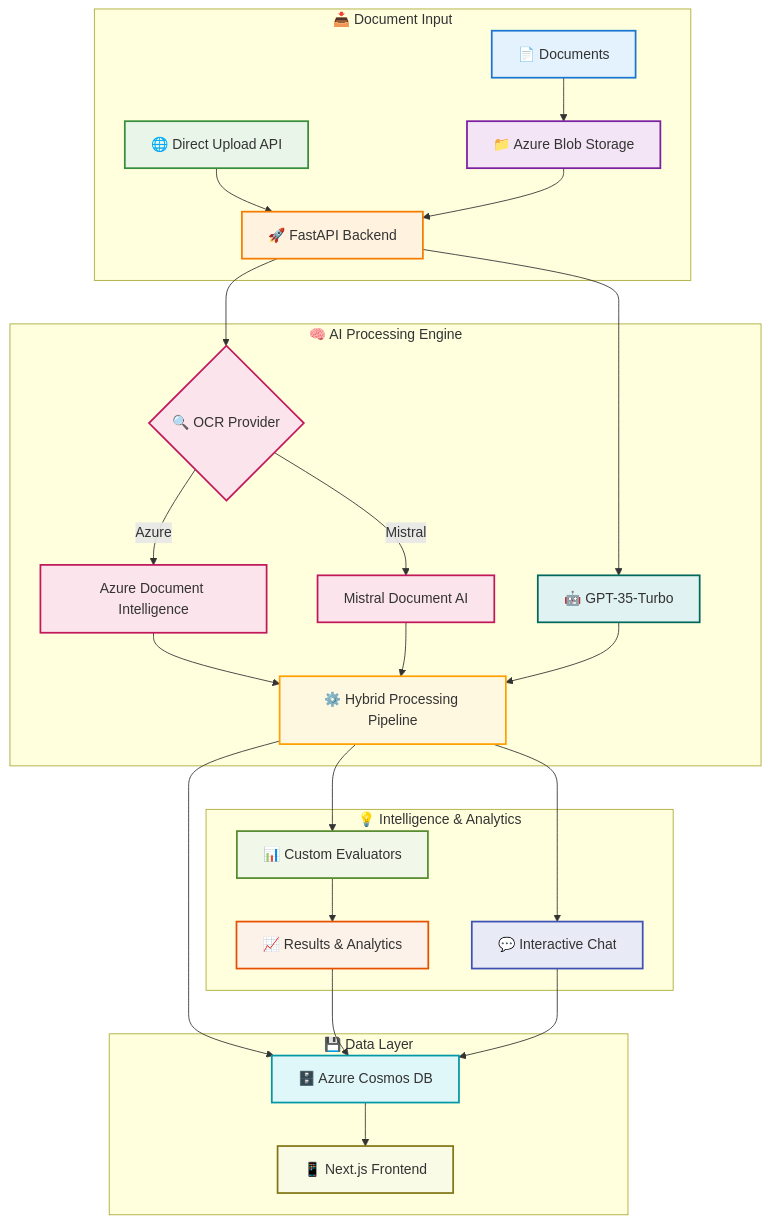
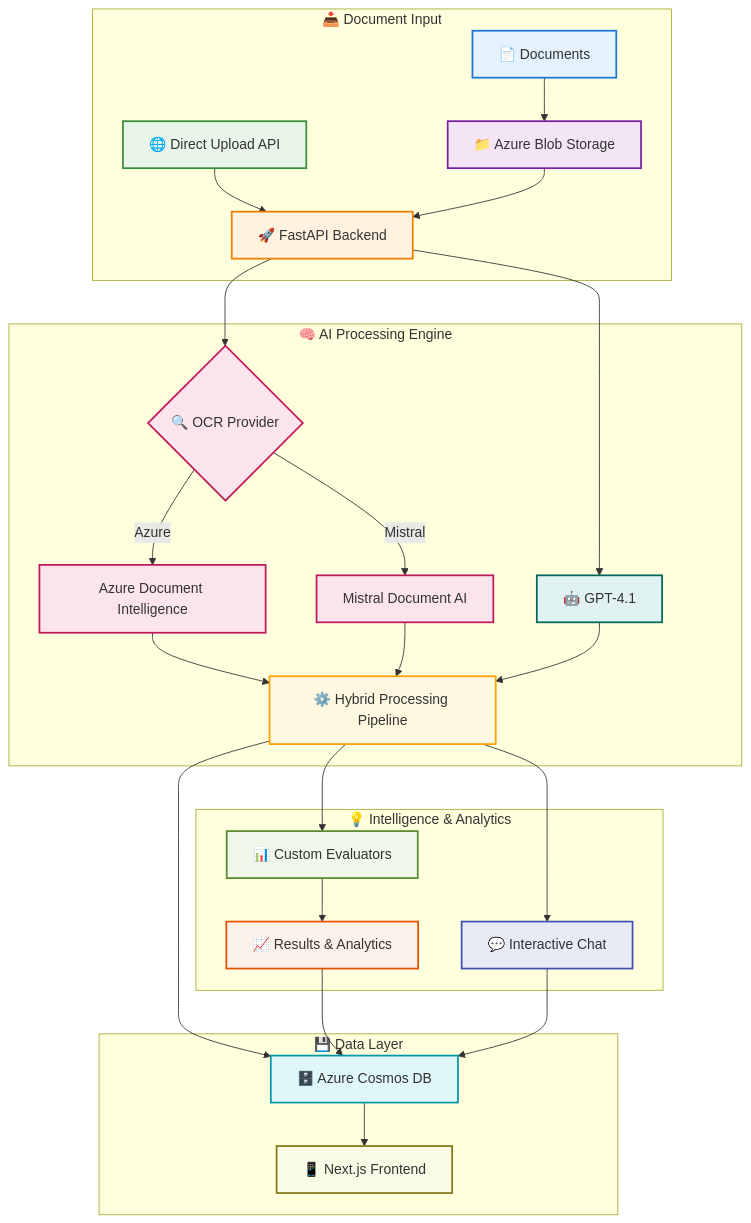
One commit to ChristopheLux/ARGUS changed the diagram in README.md. Above: the diagram before and after it, drawn with Mermaid. The commit also changed other lines of this file and 5 other files, not shown here.

````diff
--- a/README.md
+++ b/README.md
@@ -78,46 +78,46 @@
 ```mermaid
 graph TB
     subgraph "📥 Document Input"
         A[📄 Documents] --> B[📁 Azure Blob Storage]
         C[🌐 Direct Upload API] --> D[🚀 FastAPI Backend]
     end
     
     subgraph "🧠 AI Processing Engine"
         B --> D
         D --> E{🔍 OCR Provider}
         E -->|Azure| E1[Azure Document Intelligence]
         E -->|Mistral| E2[Mistral Document AI]
-        D --> F[🤖 GPT-35-Turbo]
+        D --> F[🤖 GPT-4.1]
         E1 --> G[⚙️ Hybrid Processing Pipeline]
         E2 --> G
         F --> G
     end
     
     subgraph "💡 Intelligence & Analytics"
         G --> H[📊 Custom Evaluators]
         G --> I[💬 Interactive Chat]
         H --> J[📈 Results & Analytics]
     end
     
     subgraph "💾 Data Layer"
         G --> K[🗄️ Azure Cosmos DB]
         J --> K
         I --> K
         K --> L[📱 Next.js Frontend]
     end
     
     style A fill:#e3f2fd,stroke:#1976d2,stroke-width:2px
     style B fill:#f3e5f5,stroke:#7b1fa2,stroke-width:2px
     style C fill:#e8f5e8,stroke:#388e3c,stroke-width:2px
     style D fill:#fff3e0,stroke:#f57c00,stroke-width:2px
     style E fill:#fce4ec,stroke:#c2185b,stroke-width:2px
     style E1 fill:#fce4ec,stroke:#c2185b,stroke-width:2px
     style E2 fill:#fce4ec,stroke:#c2185b,stroke-width:2px
     style F fill:#e0f2f1,stroke:#00695c,stroke-width:2px
     style G fill:#fff8e1,stroke:#ffa000,stroke-width:2px
     style H fill:#f1f8e9,stroke:#558b2f,stroke-width:2px
     style I fill:#e8eaf6,stroke:#3f51b5,stroke-width:2px
     style J fill:#fdf2e9,stroke:#e65100,stroke-width:2px
     style K fill:#e0f7fa,stroke:#0097a7,stroke-width:2px
     style L fill:#f9fbe7,stroke:#827717,stroke-width:2px
 ```
````
